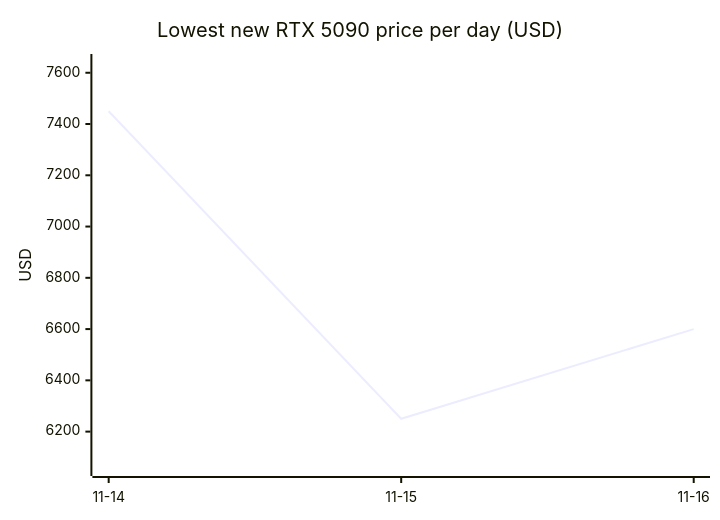
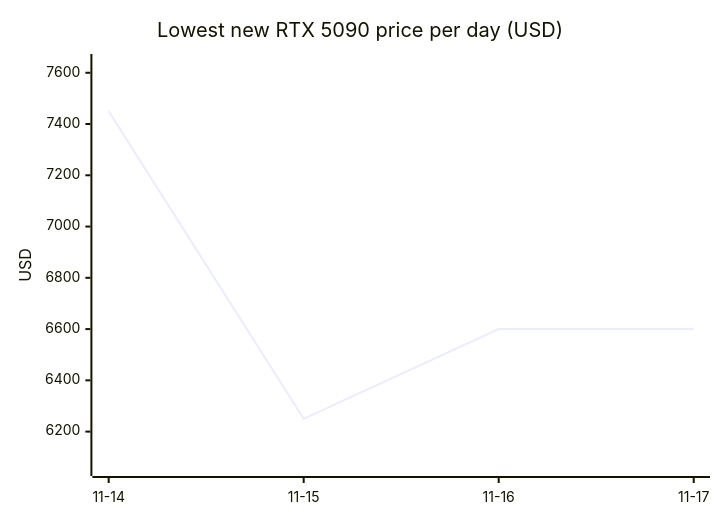
The sixth of 18 diagrams in README.md (7324136828/4tb_ssd_price_watch), drawn with Mermaid before and after one commit. The commit also changed other lines of this file, not shown here.

````diff
--- a/README.md
+++ b/README.md
@@ -407,7 +421,7 @@
 ```mermaid
 xychart-beta
     title "Lowest new RTX 5090 price per day (USD)"
-    x-axis ["11-14", "11-15", "11-16"]
+    x-axis ["11-14", "11-15", "11-16", "11-17"]
     y-axis "USD" 6060 --> 7640
-    line [7450.00, 6249.99, 6599.99]
+    line [7450.00, 6249.99, 6599.99, 6599.99]
 ```
````
